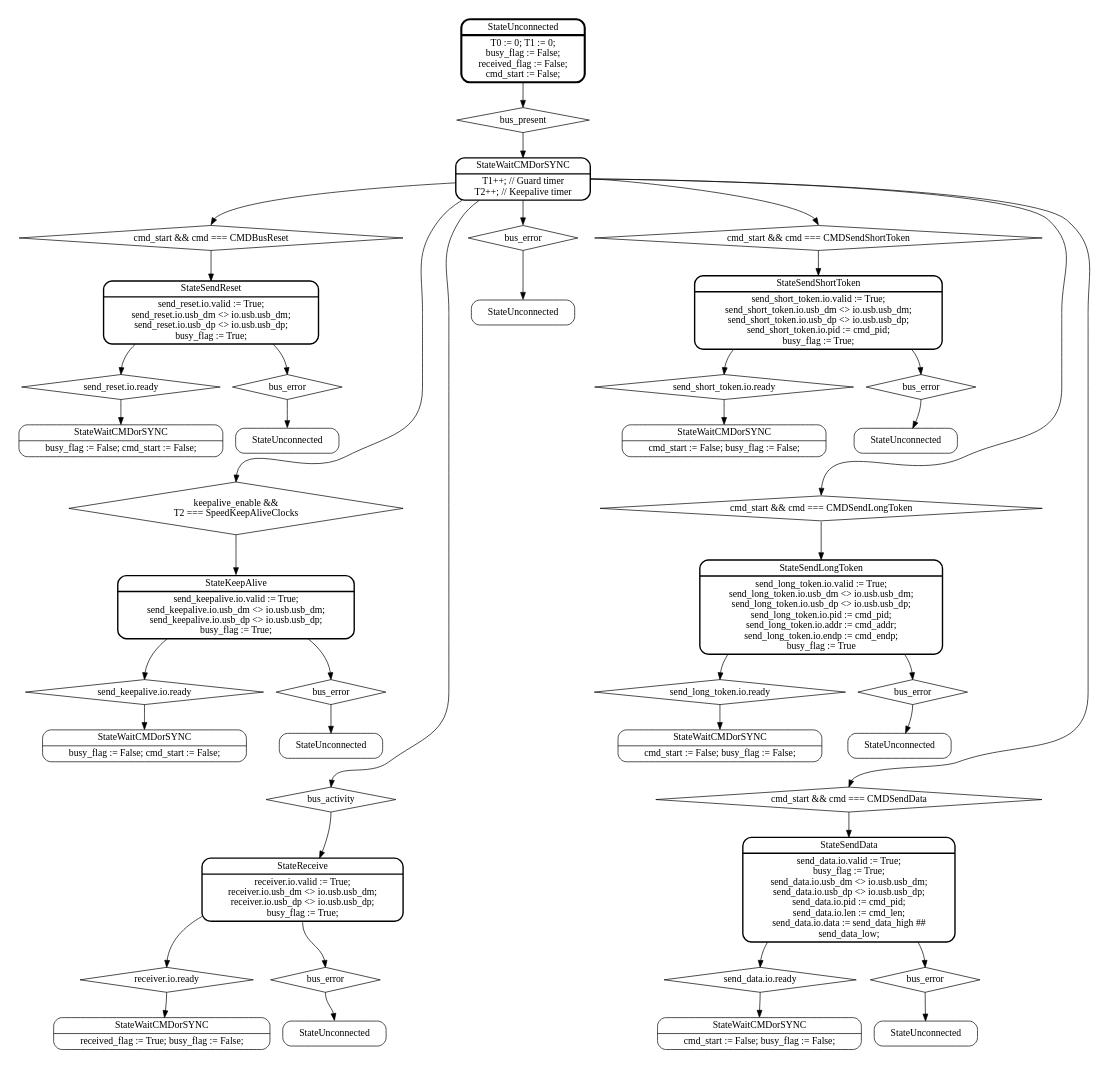
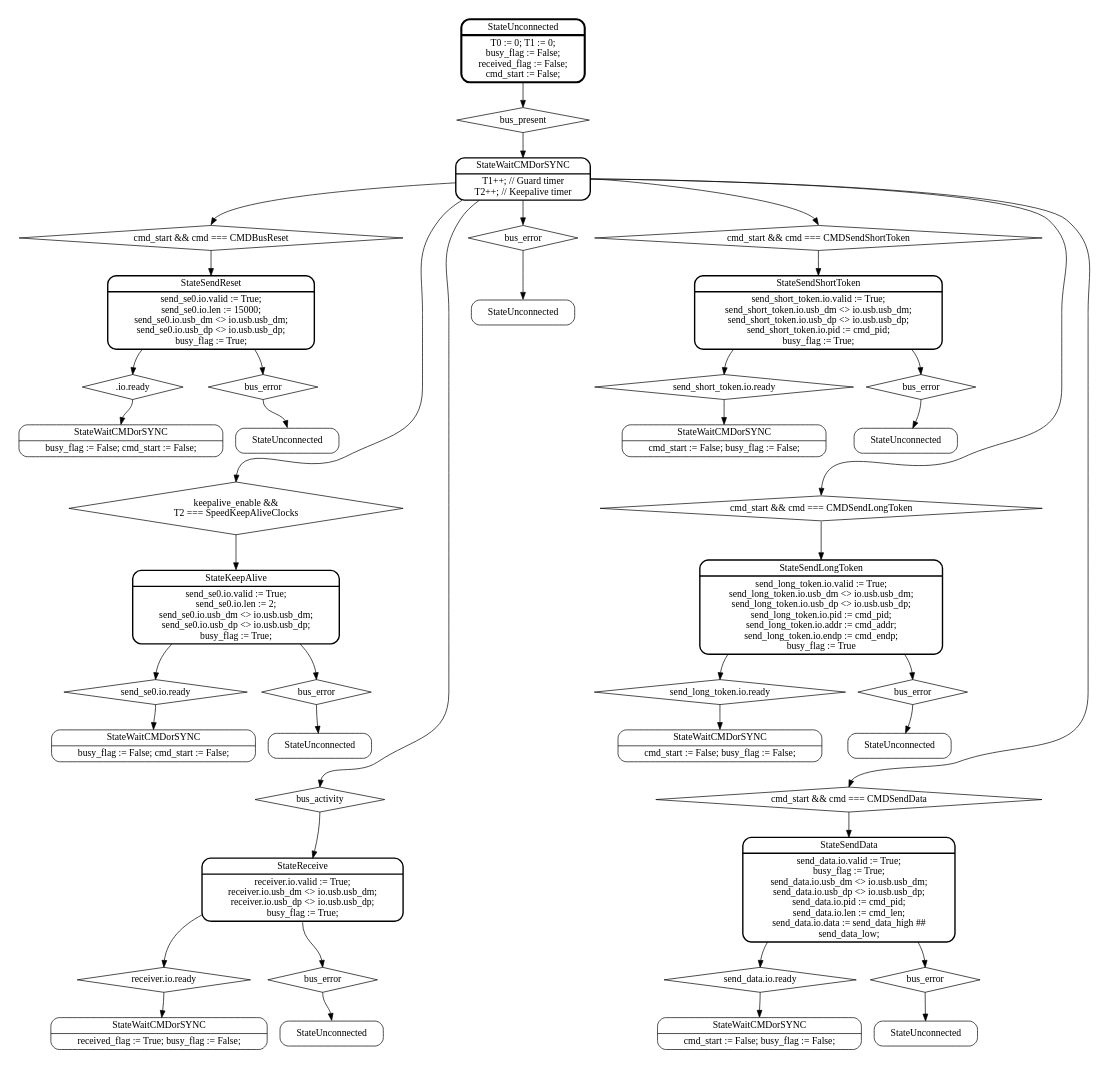
One commit to pointcheck/KarnixSOC changed the diagram in doc/graphs/USB10/USBMain.dot. Above: the diagram before and after it, drawn with Graphviz. The commit also changed 22 other files, not shown here.

Commit message:
USB10: Update FSM diagrams, substiture USBSendReset and USBKeepAlive to one USBSendSE0

```diff
--- a/doc/graphs/USB10/USBMain.dot
+++ b/doc/graphs/USB10/USBMain.dot
@@ -1,75 +1,75 @@
 digraph USBMain {
 
 	//labelloc="t";
 	//label="USB 1.0 Controller Main FSM";
 	rankdir=TB; // Layout from top to bottom
 	node [shape=Mrecord]; // Shape of the nodes - rounded rect
 	//graph [splines = ortho]; // Orthogonal edges
 
 	subgraph cluster_0 {
 		rankdir = TB;
 		color = invis;
 		label = "";
 		StateUnconnected [penwidth=3, label = "{StateUnconnected|T0 := 0; T1 := 0;\nbusy_flag := False;\nreceived_flag := False;\ncmd_start := False;}"];
 		StateWaitCMDorSYNC [penwidth=2, label = "{StateWaitCMDorSYNC|T1++; // Guard timer\nT2++; // Keepalive timer}"];
 		StateUnconnected -> StateWaitCMDorSYNC0; StateWaitCMDorSYNC0 [shape = diamond, label = "bus_present" ]; StateWaitCMDorSYNC0:s -> StateWaitCMDorSYNC;
 	}
 	
 	subgraph cluster_1 {
 		rankdir = TB;
 		color = invis;
 		label = "";
 	
 		StateWaitCMDorSYNC -> StateSendReset0:n;
-		StateSendReset [penwidth=2, label = "{StateSendReset|send_reset.io.valid := True;\nsend_reset.io.usb_dm \<\> io.usb.usb_dm;\nsend_reset.io.usb_dp \<\> io.usb.usb_dp;\nbusy_flag := True;}"];
-		StateSendReset -> StateWaitCMDorSYNC2:n; StateWaitCMDorSYNC2 [shape = diamond, label = "send_reset.io.ready"]; StateWaitCMDorSYNC2:s -> StateWaitCMDorSYNC22:n; StateWaitCMDorSYNC22 [label = "{StateWaitCMDorSYNC|busy_flag := False; cmd_start := False;\n}"];
+		StateSendReset [penwidth=2, label = "{StateSendReset|send_se0.io.valid := True;\nsend_se0.io.len := 15000;\nsend_se0.io.usb_dm \<\> io.usb.usb_dm;\nsend_se0.io.usb_dp \<\> io.usb.usb_dp;\nbusy_flag := True;}"];
+		StateSendReset -> StateWaitCMDorSYNC2:n; StateWaitCMDorSYNC2 [shape = diamond, label = ".io.ready"]; StateWaitCMDorSYNC2:s -> StateWaitCMDorSYNC22:n; StateWaitCMDorSYNC22 [label = "{StateWaitCMDorSYNC|busy_flag := False; cmd_start := False;\n}"];
 		StateSendReset-> StateUnconnected3:n; StateUnconnected3 [shape = diamond, label = "bus_error"]; StateUnconnected3:s -> StateUnconnected32:n; StateUnconnected32 [label = "StateUnconnected"];
 		StateUnconnected32:s -> StateKeepAlive0 [style = invis];
 		StateSendReset0:s -> StateSendReset;
 	 	StateSendReset0 [ shape = diamond, label = "cmd_start && cmd === CMDBusReset" ];
 	
 		StateWaitCMDorSYNC -> StateKeepAlive0:n; StateKeepAlive0 [shape = diamond, label = "keepalive_enable &&\nT2 === SpeedKeepAliveClocks"]; StateKeepAlive0:s -> StateKeepAlive:n;
-		StateKeepAlive -> StateWaitCMDorSYNC1:n; StateWaitCMDorSYNC1 [shape = diamond, label = "send_keepalive.io.ready"]; StateWaitCMDorSYNC1:s -> StateWaitCMDorSYNC12:n; StateWaitCMDorSYNC12 [label = "{StateWaitCMDorSYNC|busy_flag := False; cmd_start := False;}"];
+		StateKeepAlive -> StateWaitCMDorSYNC1:n; StateWaitCMDorSYNC1 [shape = diamond, label = "send_se0.io.ready"]; StateWaitCMDorSYNC1:s -> StateWaitCMDorSYNC12:n; StateWaitCMDorSYNC12 [label = "{StateWaitCMDorSYNC|busy_flag := False; cmd_start := False;}"];
 		StateKeepAlive -> StateUnconnected1:n; StateUnconnected1 [shape = diamond, label = "bus_error"]; StateUnconnected1:s -> StateUnconnected12; StateUnconnected12 [label = "StateUnconnected"];
-		StateKeepAlive [penwidth=2, label = "{StateKeepAlive|send_keepalive.io.valid := True;\nsend_keepalive.io.usb_dm \<\> io.usb.usb_dm;\nsend_keepalive.io.usb_dp \<\> io.usb.usb_dp;\nbusy_flag := True;}" ]; 
+		StateKeepAlive [penwidth=2, label = "{StateKeepAlive|send_se0.io.valid := True;\nsend_se0.io.len := 2;\nsend_se0.io.usb_dm \<\> io.usb.usb_dm;\nsend_se0.io.usb_dp \<\> io.usb.usb_dp;\nbusy_flag := True;}" ]; 
 		StateUnconnected12:s -> StateReceive0 [style = invis];
 	
 		StateWaitCMDorSYNC -> StateReceive0:n; StateReceive0 [ shape = diamond, label = "bus_activity" ]; StateReceive0:s -> StateReceive; StateReceive [penwidth=2, label = "{StateReceive|receiver.io.valid := True;\nreceiver.io.usb_dm \<\> io.usb.usb_dm;\nreceiver.io.usb_dp \<\> io.usb.usb_dp;\nbusy_flag := True;}"];
 		StateReceive -> StateWaitCMDorSYNC3:n; StateWaitCMDorSYNC3 [shape = diamond, label = "receiver.io.ready"]; StateWaitCMDorSYNC3:s -> StateWaitCMDorSYNC32; StateWaitCMDorSYNC32 [label = "{StateWaitCMDorSYNC|received_flag := True; busy_flag := False;}"];
 		StateReceive:s -> StateUnconnected4:n; StateUnconnected4 [shape = diamond, label = "bus_error"];
 		StateUnconnected4:s -> StateUnconnected42:n; StateUnconnected42 [label = "StateUnconnected"];
 	
 	}
 	
 	subgraph cluster_2 {
 		color = invis;
 		label = "";
 		StateWaitCMDorSYNC -> StateUnconnected2:n; StateUnconnected2:s -> StateUnconnected123:n; StateUnconnected2 [ shape = diamond, label = "bus_error"]; StateUnconnected123 [label = "{StateUnconnected}"];
 	}
 	
 	
 	subgraph cluster_3 {
 		color = invis;
 		label = "";
 	
 		StateWaitCMDorSYNC:e -> StateSendData0:n; StateSendData0 [ shape = diamond, label = "cmd_start && cmd === CMDSendData" ]; StateSendData0:s -> StateSendData; StateSendData [penwidth=2, label = "{StateSendData|send_data.io.valid := True;\nbusy_flag := True;\nsend_data.io.usb_dm \<\> io.usb.usb_dm;\nsend_data.io.usb_dp \<\> io.usb.usb_dp;\nsend_data.io.pid := cmd_pid;\nsend_data.io.len := cmd_len;\nsend_data.io.data := send_data_high ##\n  send_data_low;}"];
 		StateWaitCMDorSYNC:e -> StateSendShortToken0:n; StateSendShortToken0 [ shape = diamond, label = "cmd_start && cmd === CMDSendShortToken" ]; StateSendShortToken0:s -> StateSendShortToken; StateSendShortToken [penwidth=2, label = "{StateSendShortToken|send_short_token.io.valid := True;\nsend_short_token.io.usb_dm \<\> io.usb.usb_dm;\nsend_short_token.io.usb_dp \<\> io.usb.usb_dp;\nsend_short_token.io.pid := cmd_pid;\nbusy_flag := True;}"];
 		StateWaitCMDorSYNC:e -> StateSendLongToken0:n; StateSendLongToken0 [ shape = diamond, label = "cmd_start && cmd === CMDSendLongToken" ]; StateSendLongToken0:s -> StateSendLongToken:n; StateSendLongToken [penwidth=2, label = "{StateSendLongToken|send_long_token.io.valid := True;\nsend_long_token.io.usb_dm \<\>\ io.usb.usb_dm;\nsend_long_token.io.usb_dp \<\> io.usb.usb_dp;\nsend_long_token.io.pid := cmd_pid;\nsend_long_token.io.addr := cmd_addr;\nsend_long_token.io.endp := cmd_endp;\nbusy_flag := True}"];
 	
 	
 		StateSendShortToken -> StateWaitCMDorSYNC5:n; StateWaitCMDorSYNC5 [shape = diamond, label = "send_short_token.io.ready"]; StateWaitCMDorSYNC5:s -> StateWaitCMDorSYNC52:n; StateWaitCMDorSYNC52 [label = "{StateWaitCMDorSYNC|cmd_start := False; busy_flag := False;}"];
 		StateSendShortToken -> StateUnconnected6:n; StateUnconnected6 [shape = diamond, label = "bus_error"]; StateUnconnected6:s -> StateUnconnected62; StateUnconnected62 [label = "StateUnconnected"];
 	
 	
 		StateSendData -> StateWaitCMDorSYNC4:n; StateWaitCMDorSYNC4 [shape = diamond, label = "send_data.io.ready"]; StateWaitCMDorSYNC4:s -> StateWaitCMDorSYNC42:n; StateWaitCMDorSYNC42 [label = "{StateWaitCMDorSYNC|cmd_start := False; busy_flag := False;}"];
 		StateSendData -> StateUnconnected5:n; StateUnconnected5 [shape = diamond, label = "bus_error"]; StateUnconnected5:s -> StateUnconnected52; StateUnconnected52 [label = "StateUnconnected"];
 	
 	
 		StateSendLongToken -> StateWaitCMDorSYNC6:n; StateWaitCMDorSYNC6 [shape = diamond, label = "send_long_token.io.ready"]; StateWaitCMDorSYNC6:s -> StateWaitCMDorSYNC62:n; StateWaitCMDorSYNC62 [label = "{StateWaitCMDorSYNC|cmd_start := False; busy_flag := False;}"];
 		StateSendLongToken -> StateUnconnected7:n; StateUnconnected7 [shape = diamond, label = "bus_error"]; StateUnconnected7:s -> StateUnconnected72; StateUnconnected72 [label = "StateUnconnected"];
 	
 		StateUnconnected62 -> StateSendLongToken0 [style = invis];
 		StateUnconnected72 -> StateSendData0 [style = invis]
 	}
 
 }
```
